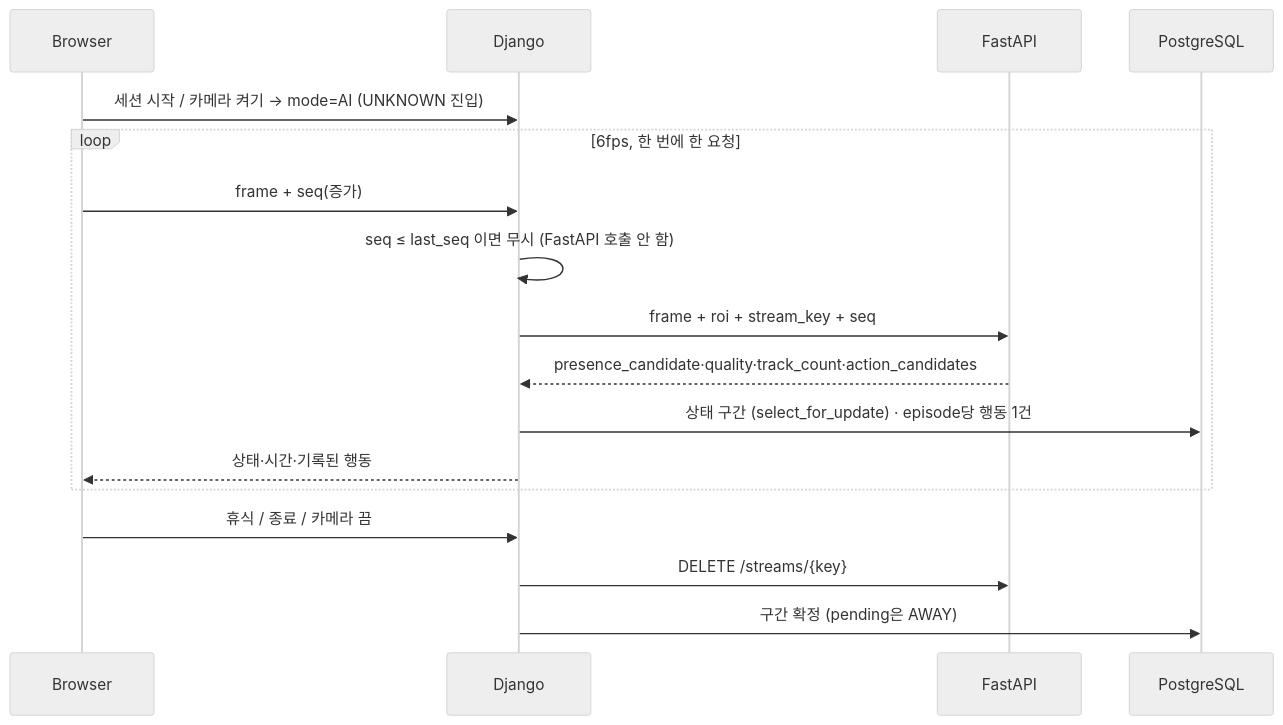
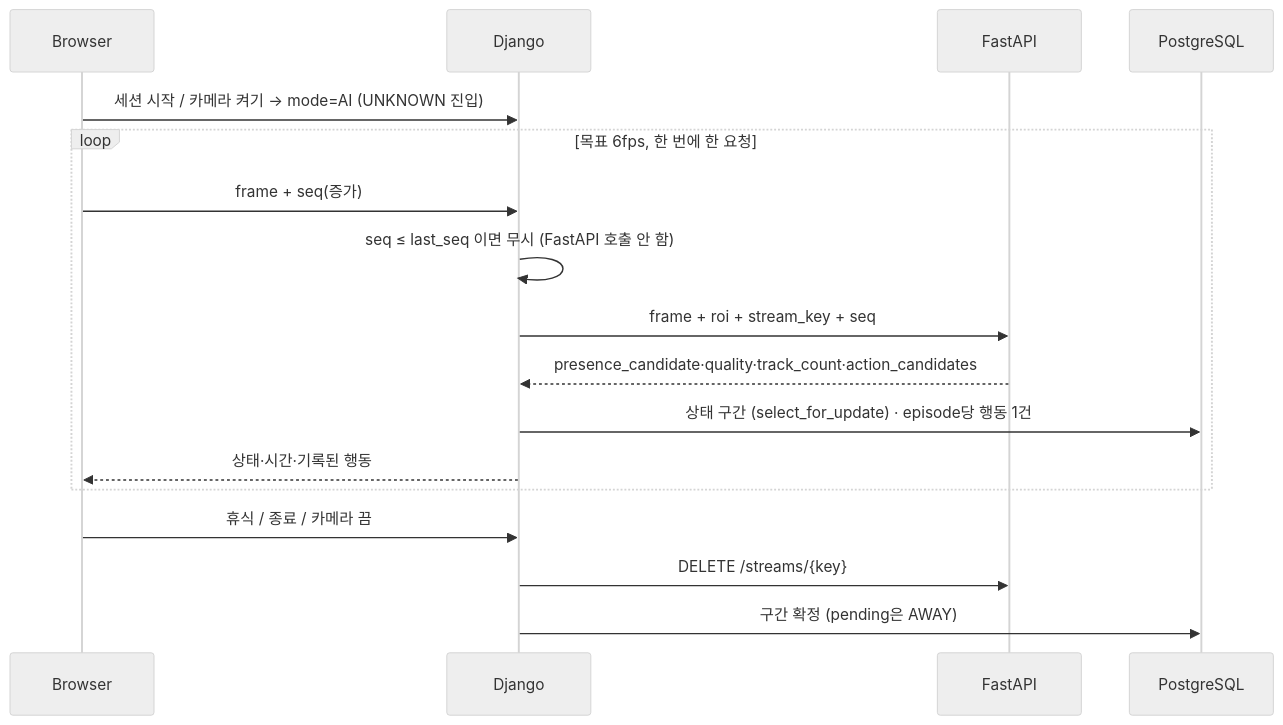
One commit to HanaPark-lab/desk-habit-coach changed the fourth of 6 diagrams in docs/ARCHITECTURE.md. Above: the diagram before and after it, drawn with Mermaid (neutral theme). The commit also changed other lines of this file and 21 other files, not shown here.

Commit message:
docs: update project documentation and architecture diagrams

````diff
--- a/docs/ARCHITECTURE.md
+++ b/docs/ARCHITECTURE.md
@@ -96,19 +96,19 @@
 ```mermaid
 sequenceDiagram
  participant B as Browser
  participant D as Django
  participant F as FastAPI
  participant P as PostgreSQL
  B->>D: 세션 시작 / 카메라 켜기 → mode=AI (UNKNOWN 진입)
- loop 6fps, 한 번에 한 요청
+ loop 목표 6fps, 한 번에 한 요청
  B->>D: frame + seq(증가)
  D->>D: seq ≤ last_seq 이면 무시 (FastAPI 호출 안 함)
  D->>F: frame + roi + stream_key + seq
  F-->>D: presence_candidate·quality·track_count·action_candidates
  D->>P: 상태 구간 (select_for_update) · episode당 행동 1건
  D-->>B: 상태·시간·기록된 행동
  end
  B->>D: 휴식 / 종료 / 카메라 끔
  D->>F: DELETE /streams/{key}
  D->>P: 구간 확정 (pending은 AWAY)
 ```
````
